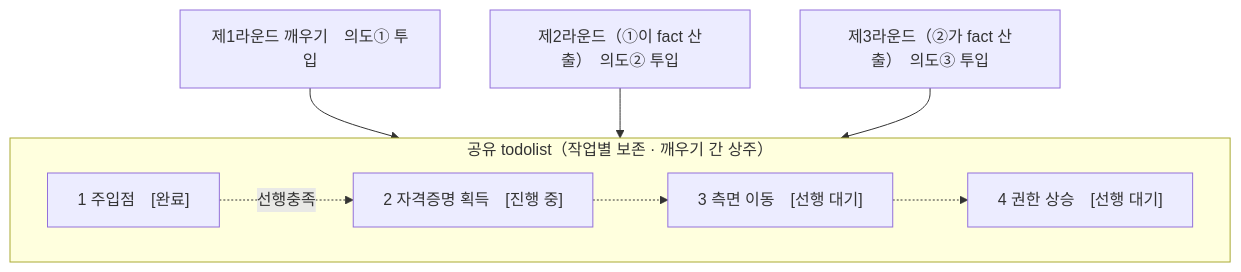
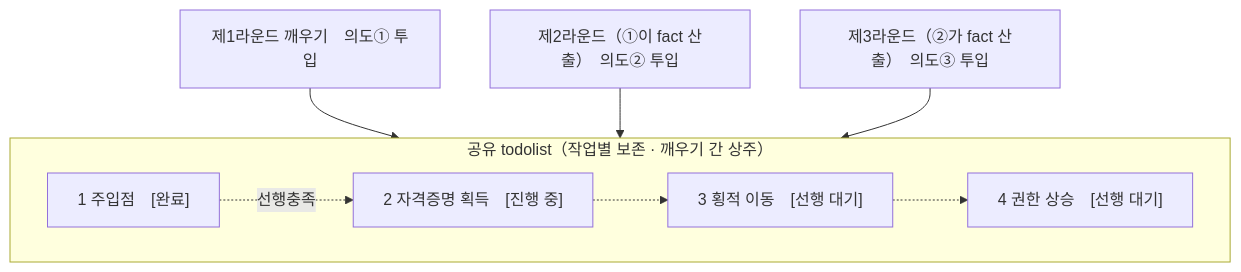
One commit to Doyoun510/ARTEX_ko changed the fifth of 5 diagrams in README.ko.md. Above: the diagram before and after it, drawn with Mermaid. The commit also changed other lines of this file, not shown here.

````diff
--- a/README.ko.md
+++ b/README.ko.md
@@ -440,14 +440,14 @@
 ```mermaid
 flowchart TB
   subgraph TODO["공유 todolist（작업별 보존 · 깨우기 간 상주）"]
     direction LR
     T1["1 주입점　[완료]"]
     T2["2 자격증명 획득　[진행 중]"]
-    T3["3 측면 이동　[선행 대기]"]
+    T3["3 횡적 이동　[선행 대기]"]
     T4["4 권한 상승　[선행 대기]"]
     T1 -.선행충족.-> T2 -.-> T3 -.-> T4
   end
   R1["제1라운드 깨우기　의도① 투입"] --> T1
   R2["제2라운드（①이 fact 산출）　의도② 투입"] --> T2
   R3["제3라운드（②가 fact 산출）　의도③ 투입"] --> T3
 ```
````
